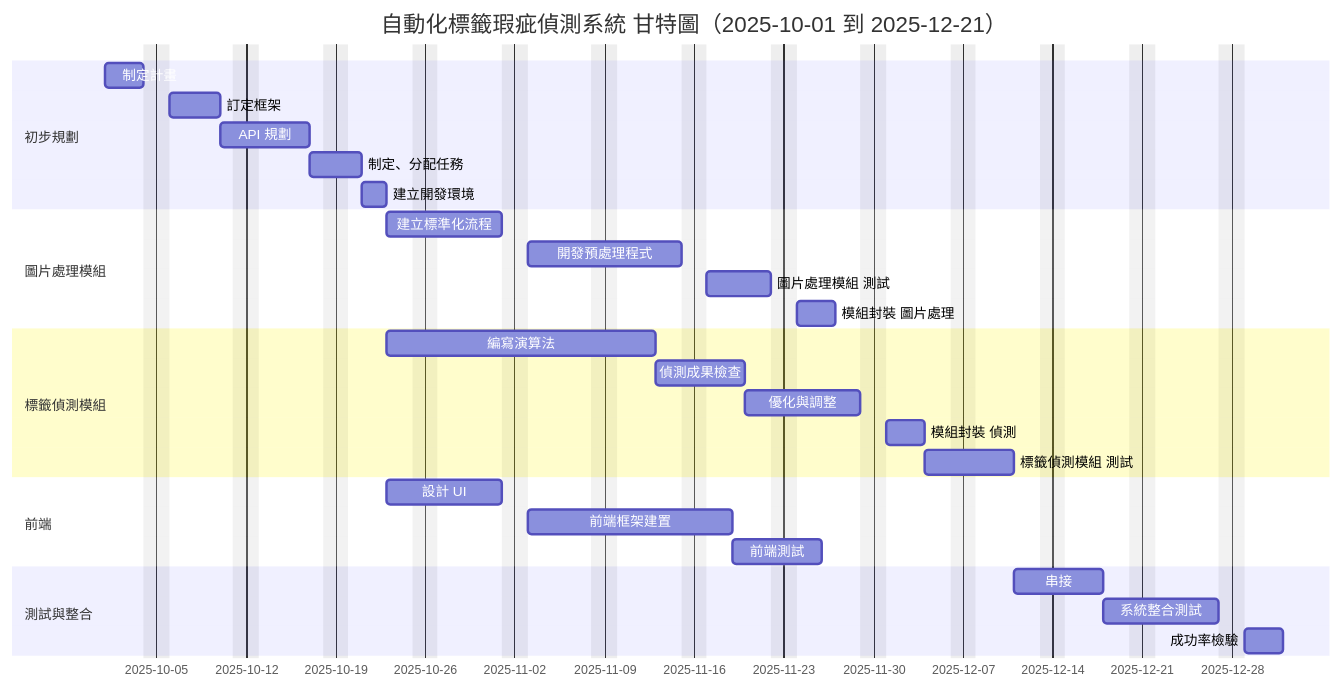
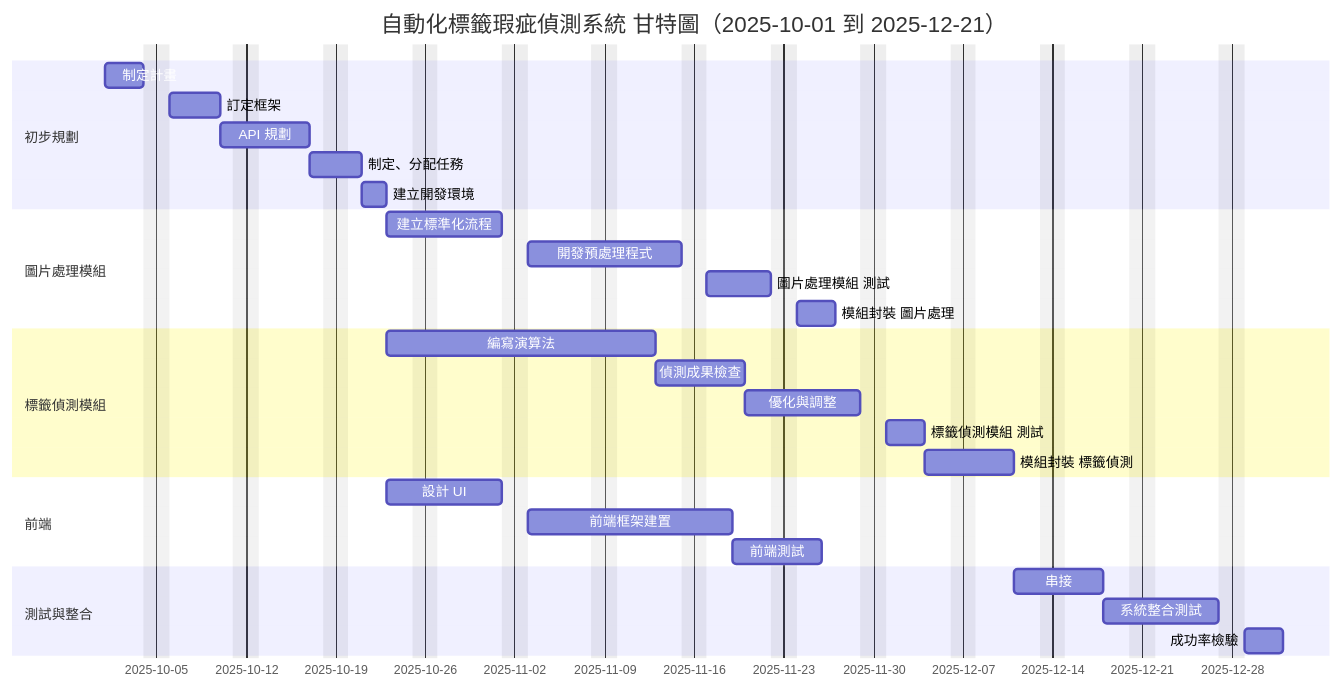
Before and after one commit to shu498/SASDteam3: the first of 2 diagrams in Planning.md, drawn with Mermaid.

````diff
--- a/Planning.md
+++ b/Planning.md
@@ -32,36 +32,36 @@
 ```mermaid
 gantt
     dateFormat  YYYY-MM-DD
     title 自動化標籤瑕疵偵測系統 甘特圖（2025-10-01 到 2025-12-21）
     excludes    weekends
 
     section 初步規劃
     制定計畫               :a1, 2025-10-01, 3d
     訂定框架               :a2, after a1, 4d
     API 規劃               :a3, after a2, 5d
     制定、分配任務         :a4, after a3, 2d
     建立開發環境           :dev, after a4, 2d
 
     section 圖片處理模組
     建立標準化流程         :b1, after dev, 7d
     開發預處理程式         :b2, after b1, 10d
     圖片處理模組 測試      :b3, after b2, 5d
     模組封裝 圖片處理      :b4, after b3, 3d
 
     section 標籤偵測模組
     編寫演算法             :c1, after dev, 15d
     偵測成果檢查           :c2, after c1, 5d
     優化與調整             :c3, after c2, 7d
-    模組封裝 偵測          :c4, after c3, 3d
-    標籤偵測模組 測試      :c5, after c4, 5d
+    標籤偵測模組 測試          :c4, after c3, 3d
+    模組封裝 標籤偵測      :c5, after c4, 5d
 
     section 前端
     設計 UI                :d1, after dev, 7d
     前端框架建置           :d2, after d1, 12d
     前端測試               :d3, after d2, 5d
 
     section 測試與整合
     串接                   :e2, after c5, 5d
     系統整合測試           :e3, after e2, 7d
     成功率檢驗             :e4, after e3, 3d
 ```
````
